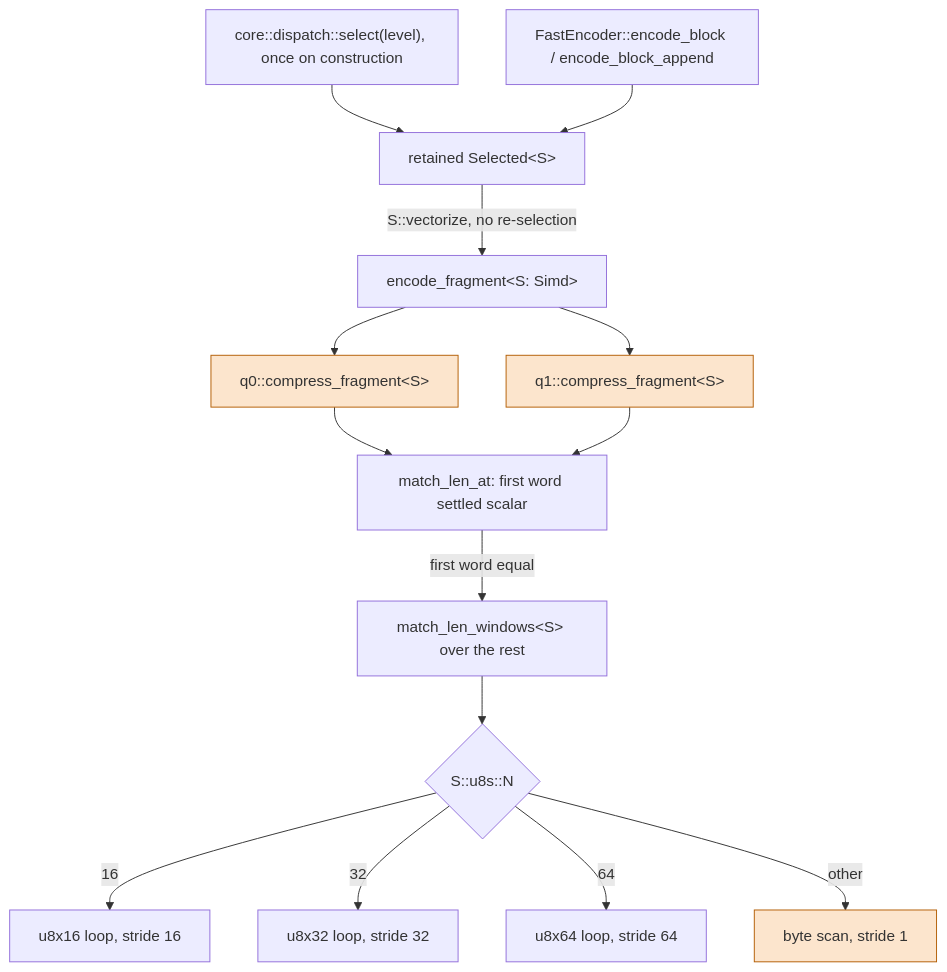
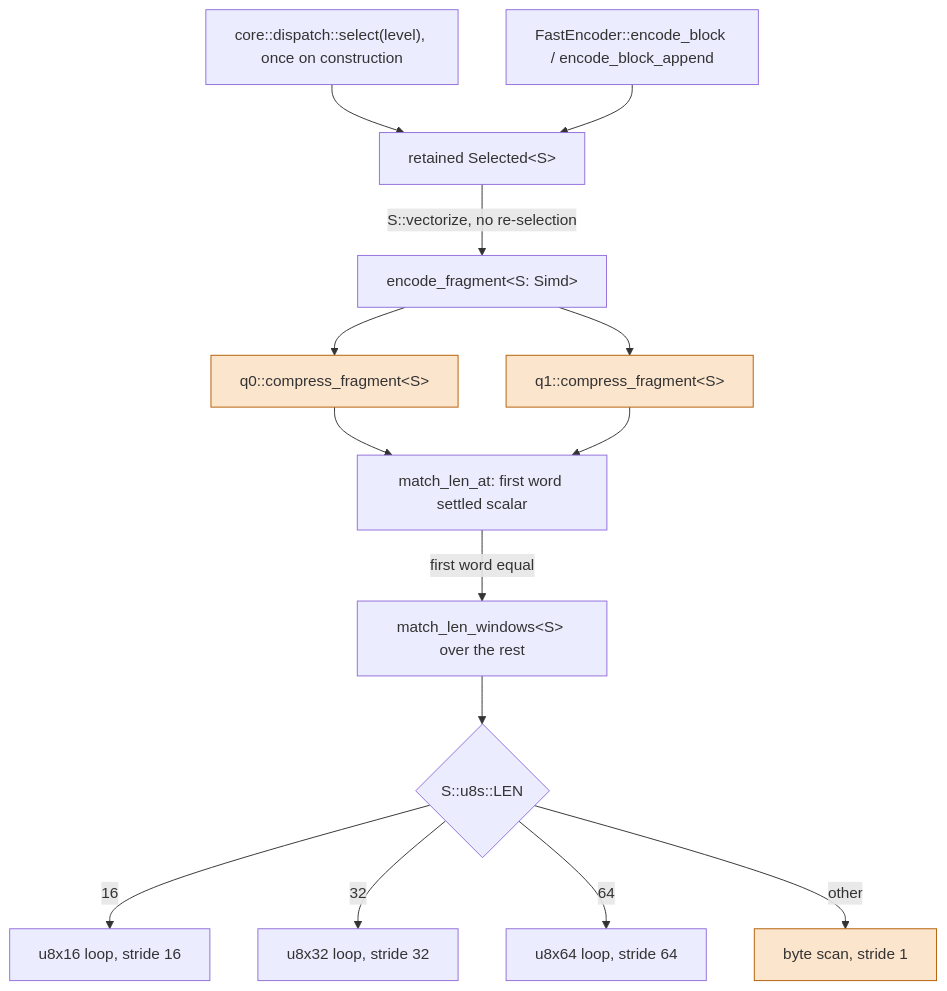
Before and after one commit to Mnwa/mbrotli: the ninth of 10 diagrams in architecture/fast-encoder.md, drawn with Mermaid. The commit also changed other lines of this file and 5 other files, not shown here.

````diff
--- a/architecture/fast-encoder.md
+++ b/architecture/fast-encoder.md
@@ -327,19 +327,19 @@
 ```mermaid
 graph TD
     select["core::dispatch::select(level), once on construction"] --> kernel["retained Selected&lt;S&gt;"]
     A["FastEncoder::encode_block / encode_block_append"] --> kernel
     kernel -->|"S::vectorize, no re-selection"| B["encode_fragment&lt;S: Simd&gt;"]
     B --> C["q0::compress_fragment&lt;S&gt;"]
     B --> D["q1::compress_fragment&lt;S&gt;"]
     C --> E0["match_len_at: first word settled scalar"]
     D --> E0
     E0 -->|"first word equal"| E["match_len_windows&lt;S&gt; over the rest"]
-    E --> F{"S::u8s::N"}
+    E --> F{"S::u8s::LEN"}
     F -->|16| G["u8x16 loop, stride 16"]
     F -->|32| H["u8x32 loop, stride 32"]
     F -->|64| I["u8x64 loop, stride 64"]
     F -->|other| J["byte scan, stride 1"]
 
     classDef scalar fill:#fce5cd,stroke:#b45f06;
     class C,D,J scalar;
 ```
````
